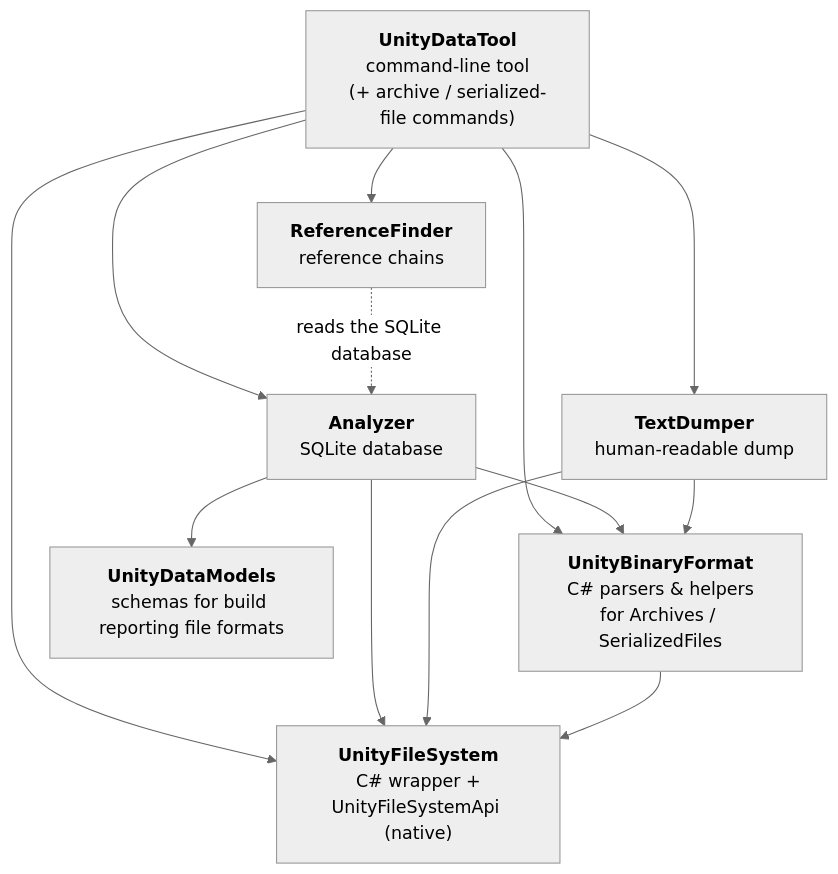
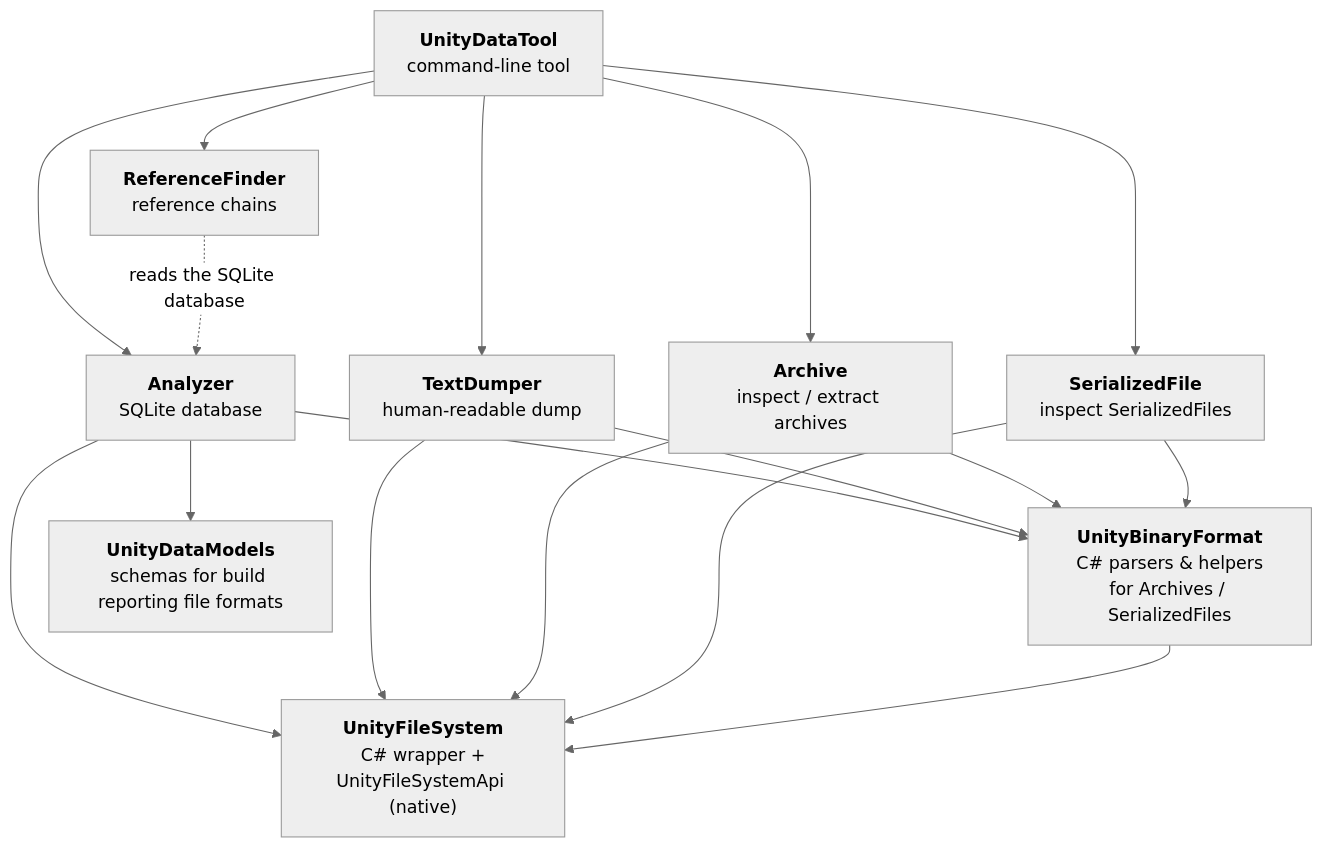
Before and after one commit to Unity-Technologies/UnityDataTools: the diagram in README.md, drawn with Mermaid (neutral theme). The commit also changed other lines of this file and 12 other files, not shown here.

First line of the commit message:
Restructure Archive and SerializedFile code into their own libraries

````diff
--- a/README.md
+++ b/README.md
@@ -45,27 +45,33 @@
 ```mermaid
 flowchart TD
-    CLI["<b>UnityDataTool</b><br/>command-line tool<br/>(+ archive / serialized-file commands)"]
+    CLI["<b>UnityDataTool</b><br/>command-line tool"]
 
     Analyzer["<b>Analyzer</b><br/>SQLite database"]
     TextDumper["<b>TextDumper</b><br/>human-readable dump"]
     ReferenceFinder["<b>ReferenceFinder</b><br/>reference chains"]
+    Archive["<b>Archive</b><br/>inspect / extract archives"]
+    SerializedFile["<b>SerializedFile</b><br/>inspect SerializedFiles"]
 
     UnityFileSystem["<b>UnityFileSystem</b><br/>C# wrapper +<br/>UnityFileSystemApi (native)"]
     UnityBinaryFormat["<b>UnityBinaryFormat</b><br/>C# parsers &amp; helpers<br/>for Archives / SerializedFiles"]
     UnityDataModels["<b>UnityDataModels</b><br/>schemas for build reporting file formats"]
 
     CLI --> Analyzer
     CLI --> TextDumper
     CLI --> ReferenceFinder
-    CLI --> UnityBinaryFormat
-    CLI --> UnityFileSystem
+    CLI --> Archive
+    CLI --> SerializedFile
 
     Analyzer --> UnityFileSystem
     Analyzer --> UnityBinaryFormat
     Analyzer --> UnityDataModels
     TextDumper --> UnityFileSystem
     TextDumper --> UnityBinaryFormat
+    Archive --> UnityFileSystem
+    Archive --> UnityBinaryFormat
+    SerializedFile --> UnityFileSystem
+    SerializedFile --> UnityBinaryFormat
     UnityBinaryFormat --> UnityFileSystem
 
     ReferenceFinder -. "reads the SQLite database" .-> Analyzer
 ```
````
